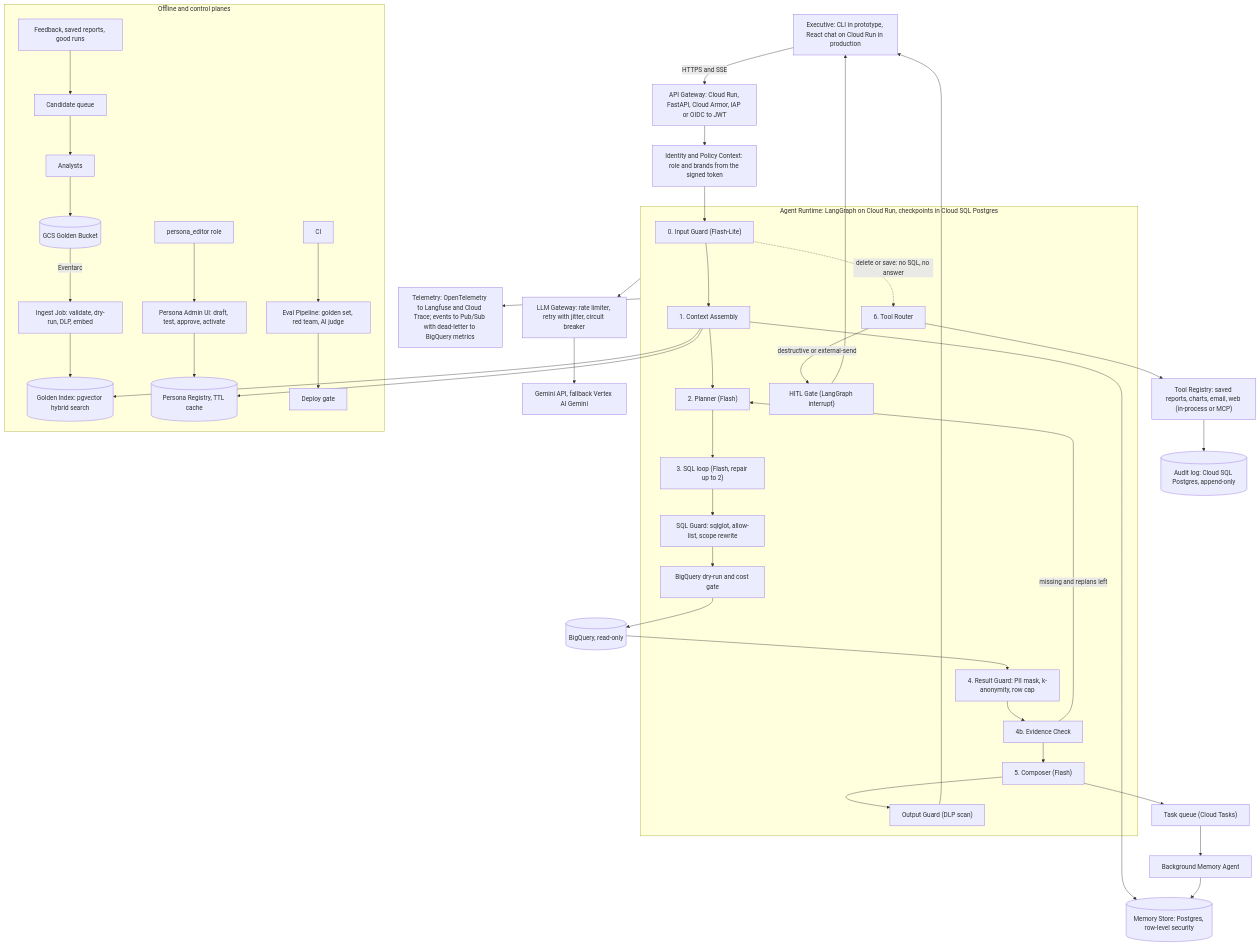
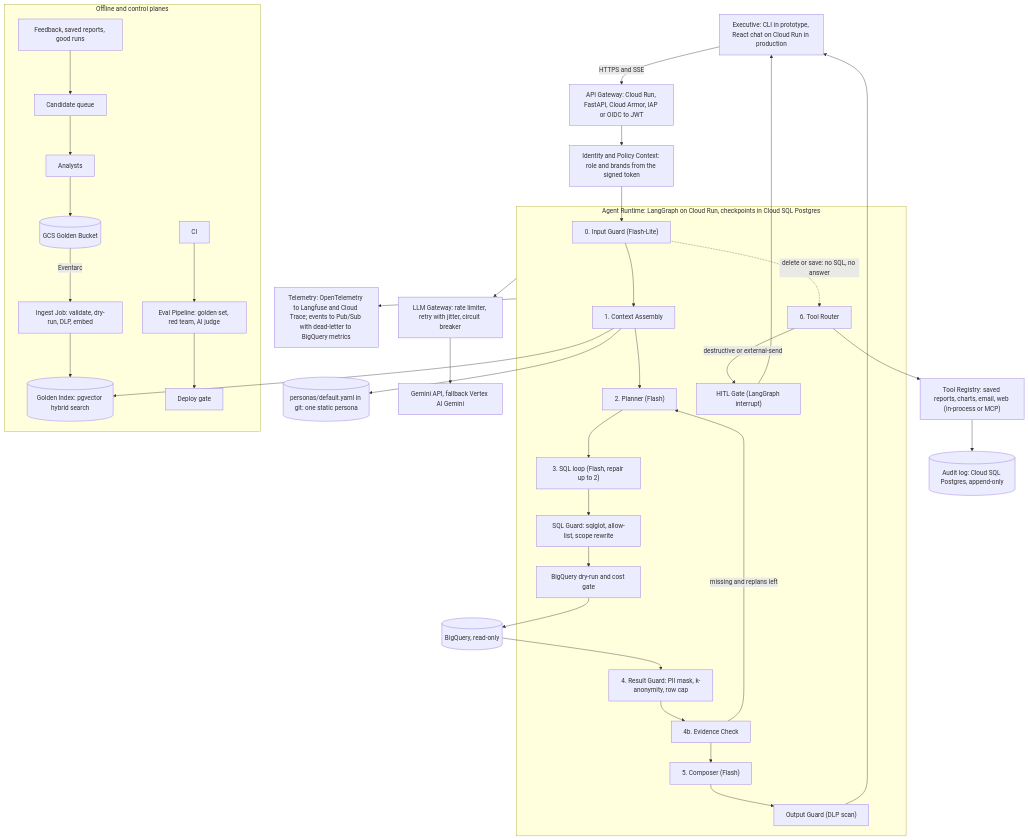
The diagram in docs/plans/11-documentation/plan.md (MariaVlahova/Data-Analysis-Chat-Assistant), drawn with Mermaid before and after one commit. The commit also changed other lines of this file and 40 other files, not shown here.

````diff
--- a/docs/plans/11-documentation/plan.md
+++ b/docs/plans/11-documentation/plan.md
@@ -41,48 +41,45 @@
 ```mermaid
 flowchart TD
   EX["Executive: CLI in prototype, React chat on Cloud Run in production"]
   EX -->|"HTTPS and SSE"| GW["API Gateway: Cloud Run, FastAPI, Cloud Armor, IAP or OIDC to JWT"]
   GW --> POL["Identity and Policy Context: role and brands from the signed token"]
   POL --> IG
   subgraph RT["Agent Runtime: LangGraph on Cloud Run, checkpoints in Cloud SQL Postgres"]
     IG["0. Input Guard (Flash-Lite)"]
     CA["1. Context Assembly"]
     PL["2. Planner (Flash)"]
     SQ["3. SQL loop (Flash, repair up to 2)"]
     SG["SQL Guard: sqlglot, allow-list, scope rewrite"]
     DR["BigQuery dry-run and cost gate"]
     RG["4. Result Guard: PII mask, k-anonymity, row cap"]
     EC["4b. Evidence Check"]
     CO["5. Composer (Flash)"]
     OG["Output Guard (DLP scan)"]
     TR["6. Tool Router"]
     HG["HITL Gate (LangGraph interrupt)"]
     IG --> CA --> PL --> SQ --> SG --> DR
     IG -.->|"delete or save: no SQL, no answer"| TR
     RG --> EC
     EC -->|"missing and replans left"| PL
     EC --> CO --> OG
     TR -->|"destructive or external-send"| HG
   end
   DR --> BQ[("BigQuery, read-only")]
   BQ --> RG
   OG --> EX
   HG --> EX
   TR --> TREG["Tool Registry: saved reports, charts, email, web (in-process or MCP)"]
   CA --> GI[("Golden Index: pgvector hybrid search")]
-  CA --> PR[("Persona Registry, TTL cache")]
-  CA --> MS[("Memory Store: Postgres, row-level security")]
-  CO --> MQ["Task queue (Cloud Tasks)"] --> MA["Background Memory Agent"] --> MS
+  CA --> PF[("personas/default.yaml in git: one static persona")]
   RT --> LG["LLM Gateway: rate limiter, retry with jitter, circuit breaker"]
   LG --> GEM["Gemini API, fallback Vertex AI Gemini"]
   RT --> TEL["Telemetry: OpenTelemetry to Langfuse and Cloud Trace; events to Pub/Sub with dead-letter to BigQuery metrics"]
   TREG --> AUD[("Audit log: Cloud SQL Postgres, append-only")]
   subgraph OFF["Offline and control planes"]
     AN["Analysts"] --> GCS[("GCS Golden Bucket")]
     GCS -->|"Eventarc"| ING["Ingest Job: validate, dry-run, DLP, embed"]
     ING --> GI
     FB["Feedback, saved reports, good runs"] --> CQ["Candidate queue"] --> AN
-    PE["persona_editor role"] --> PA["Persona Admin UI: draft, test, approve, activate"] --> PR
     CI["CI"] --> EV["Eval Pipeline: golden set, red team, AI judge"] --> GATE["Deploy gate"]
   end
 ```
````
